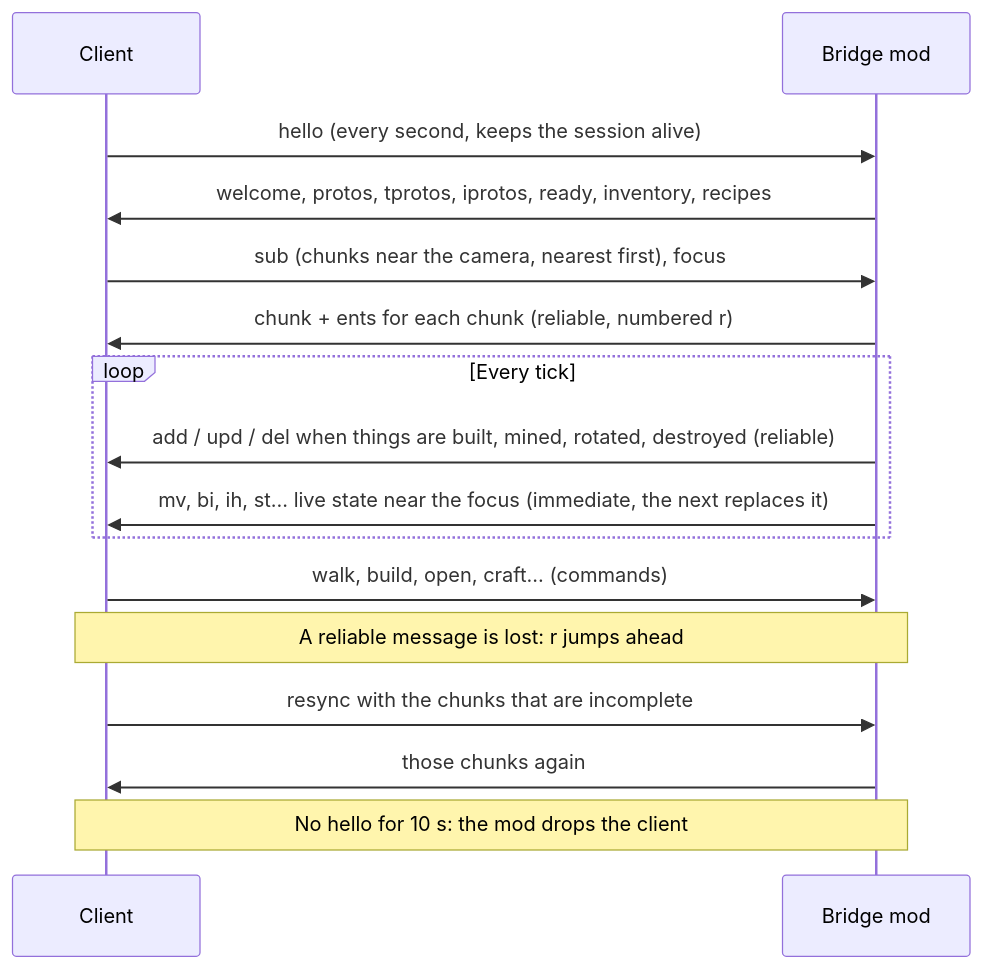
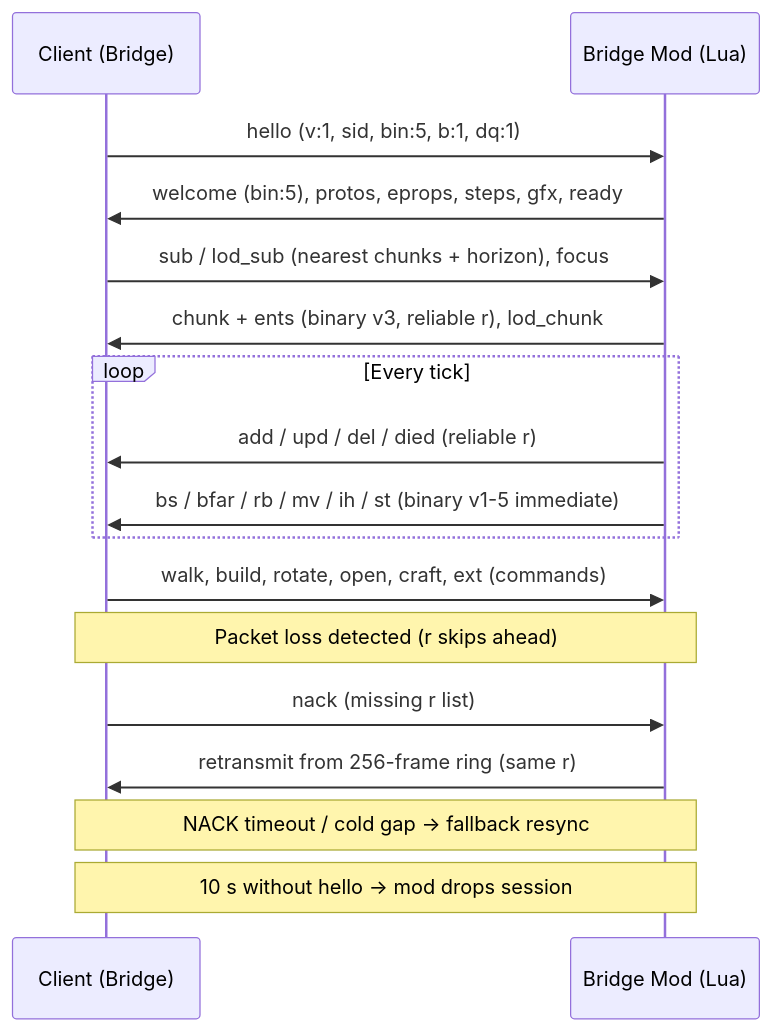
The second of 4 diagrams in ARCHITECTURE.md (Zenith-3D-Team/Zenith), drawn with Mermaid before and after one commit. The commit also changed other lines of this file and 1999 other files, not shown here.

````diff
--- a/ARCHITECTURE.md
+++ b/ARCHITECTURE.md
@@ -95,18 +53,23 @@
 ```mermaid
 sequenceDiagram
-    participant C as Client
-    participant M as Bridge mod
-    C->>M: hello (every second, keeps the session alive)
-    M->>C: welcome, protos, tprotos, iprotos, ready, inventory, recipes
-    C->>M: sub (chunks near the camera, nearest first), focus
-    M->>C: chunk + ents for each chunk (reliable, numbered r)
+    participant C as Client (Bridge)
+    participant M as Bridge Mod (Lua)
+
+    C->>M: hello (v:1, sid, bin:5, b:1, dq:1)
+    M->>C: welcome (bin:5), protos, eprops, steps, gfx, ready
+    C->>M: sub / lod_sub (nearest chunks + horizon), focus
+    M->>C: chunk + ents (binary v3, reliable r), lod_chunk
+
     loop Every tick
-        M->>C: add / upd / del when things are built, mined, rotated, destroyed (reliable)
-        M->>C: mv, bi, ih, st... live state near the focus (immediate, the next replaces it)
+        M->>C: add / upd / del / died (reliable r)
+        M->>C: bs / bfar / rb / mv / ih / st (binary v1-5 immediate)
     end
-    C->>M: walk, build, open, craft... (commands)
-    Note over C,M: A reliable message is lost: r jumps ahead
-    C->>M: resync with the chunks that are incomplete
-    M->>C: those chunks again
-    Note over C,M: No hello for 10 s: the mod drops the client
+
+    C->>M: walk, build, rotate, open, craft, ext (commands)
+
+    Note over C,M: Packet loss detected (r skips ahead)
+    C->>M: nack (missing r list)
+    M->>C: retransmit from 256-frame ring (same r)
+    Note over C,M: NACK timeout / cold gap -> fallback resync
+    Note over C,M: 10 s without hello -> mod drops session
 ```
````
